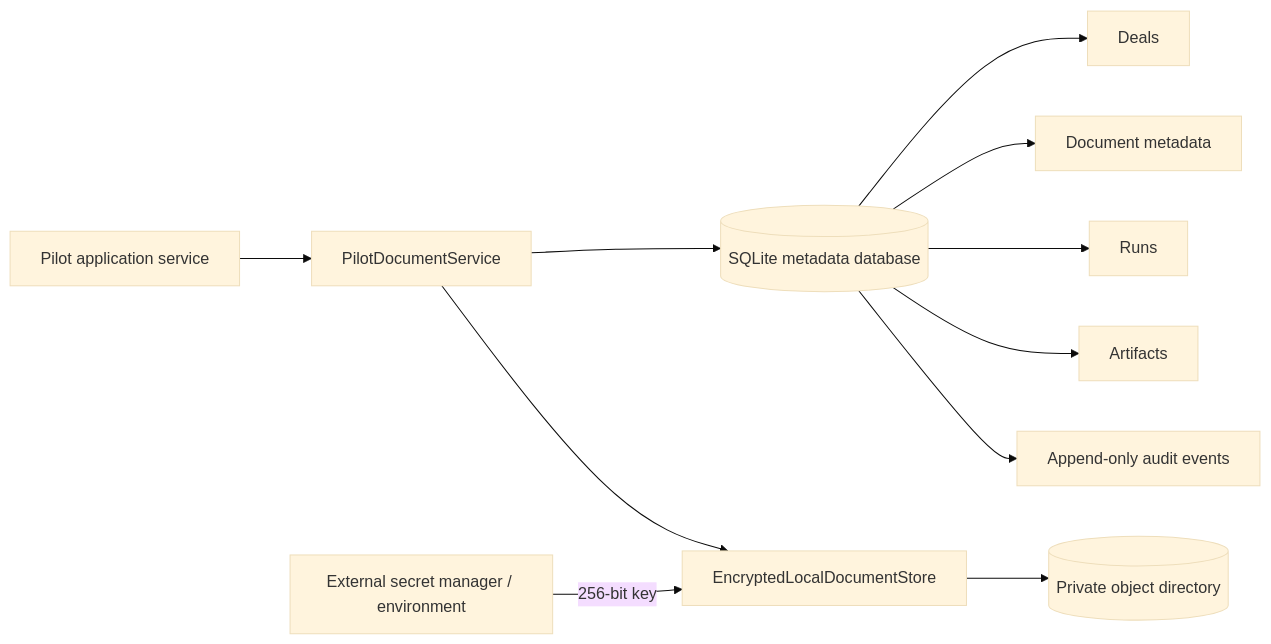
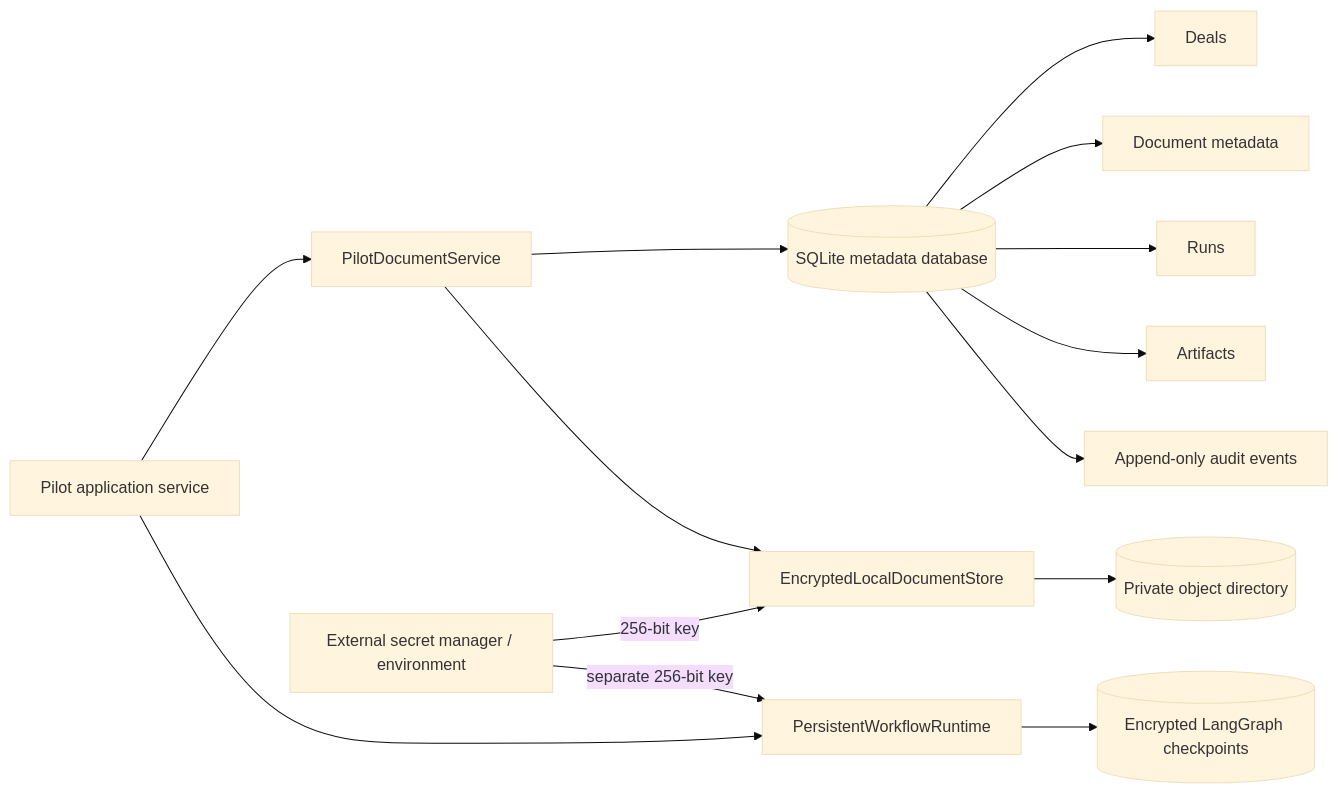
The diagram in docs/PILOT_STORAGE.md (rishu765/mna_ai_due_diligence), drawn with Mermaid (base theme) before and after one commit. The commit also changed other lines of this file and 7 other files, not shown here.

Commit message:
feat(pilot): persist encrypted workflow checkpoints

````diff
--- a/docs/PILOT_STORAGE.md
+++ b/docs/PILOT_STORAGE.md
@@ -10,13 +10,16 @@
 ```mermaid
 flowchart LR
     A[Pilot application service] --> B[PilotDocumentService]
     B --> C[(SQLite metadata database)]
     B --> D[EncryptedLocalDocumentStore]
     D --> E[(Private object directory)]
     F[External secret manager / environment] -->|256-bit key| D
+    A --> L[PersistentWorkflowRuntime]
+    L --> M[(Encrypted LangGraph checkpoints)]
+    F -->|separate 256-bit key| L
     C --> G[Deals]
     C --> H[Document metadata]
     C --> I[Runs]
     C --> J[Artifacts]
     C --> K[Append-only audit events]
 ```
````
